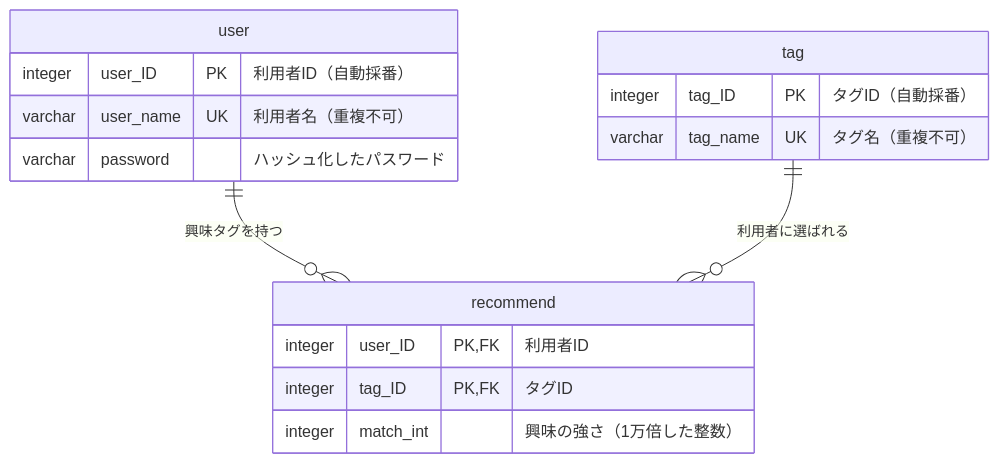
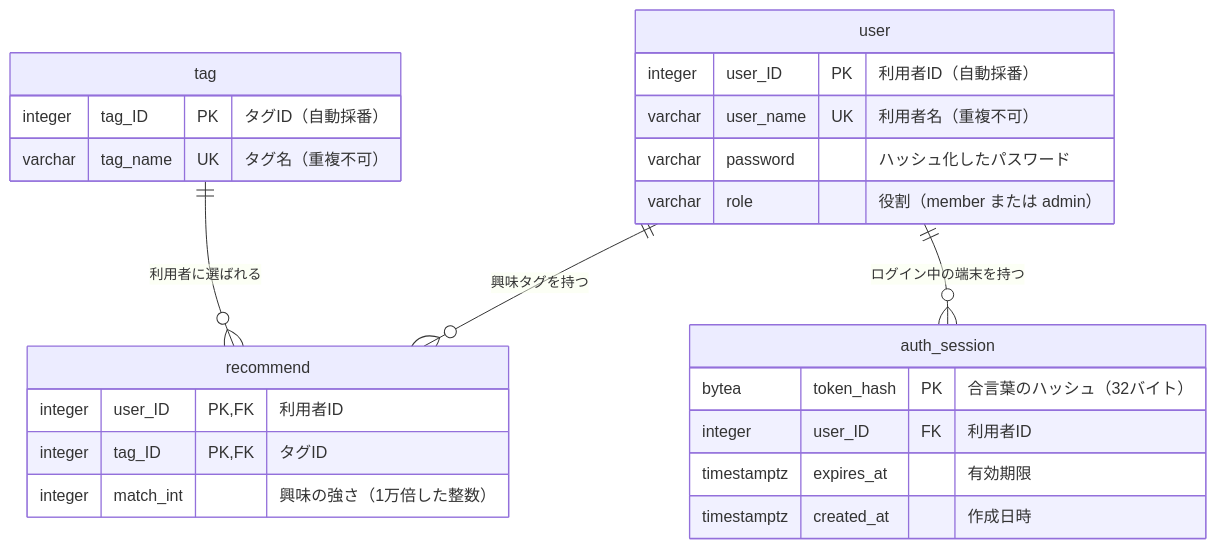
The diagram in docs/BasicDesignSpecifications/DataBaseArchitecture.md (H4aruki/MyTechPulse), drawn with Mermaid before and after one commit. The commit also changed other lines of this file and 20 other files, not shown here.

````diff
--- a/docs/BasicDesignSpecifications/DataBaseArchitecture.md
+++ b/docs/BasicDesignSpecifications/DataBaseArchitecture.md
@@ -23,22 +25,31 @@
 ```mermaid
 erDiagram
     user ||--o{ recommend : "興味タグを持つ"
     tag  ||--o{ recommend : "利用者に選ばれる"
+    user ||--o{ auth_session : "ログイン中の端末を持つ"
 
     user {
         integer user_ID PK "利用者ID（自動採番）"
         varchar user_name UK "利用者名（重複不可）"
         varchar password "ハッシュ化したパスワード"
+        varchar role "役割（member または admin）"
     }
 
     tag {
         integer tag_ID PK "タグID（自動採番）"
         varchar tag_name UK "タグ名（重複不可）"
     }
 
     recommend {
         integer user_ID PK,FK "利用者ID"
         integer tag_ID PK,FK "タグID"
         integer match_int "興味の強さ（1万倍した整数）"
     }
+
+    auth_session {
+        bytea token_hash PK "合言葉のハッシュ（32バイト）"
+        integer user_ID FK "利用者ID"
+        timestamptz expires_at "有効期限"
+        timestamptz created_at "作成日時"
+    }
 ```
````
